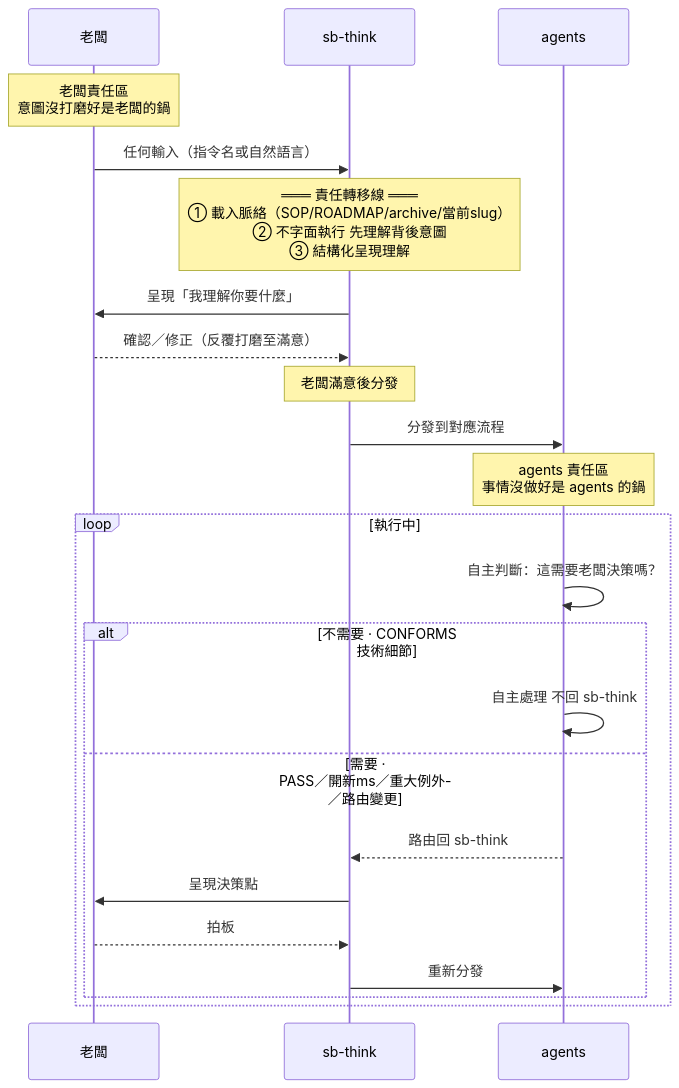
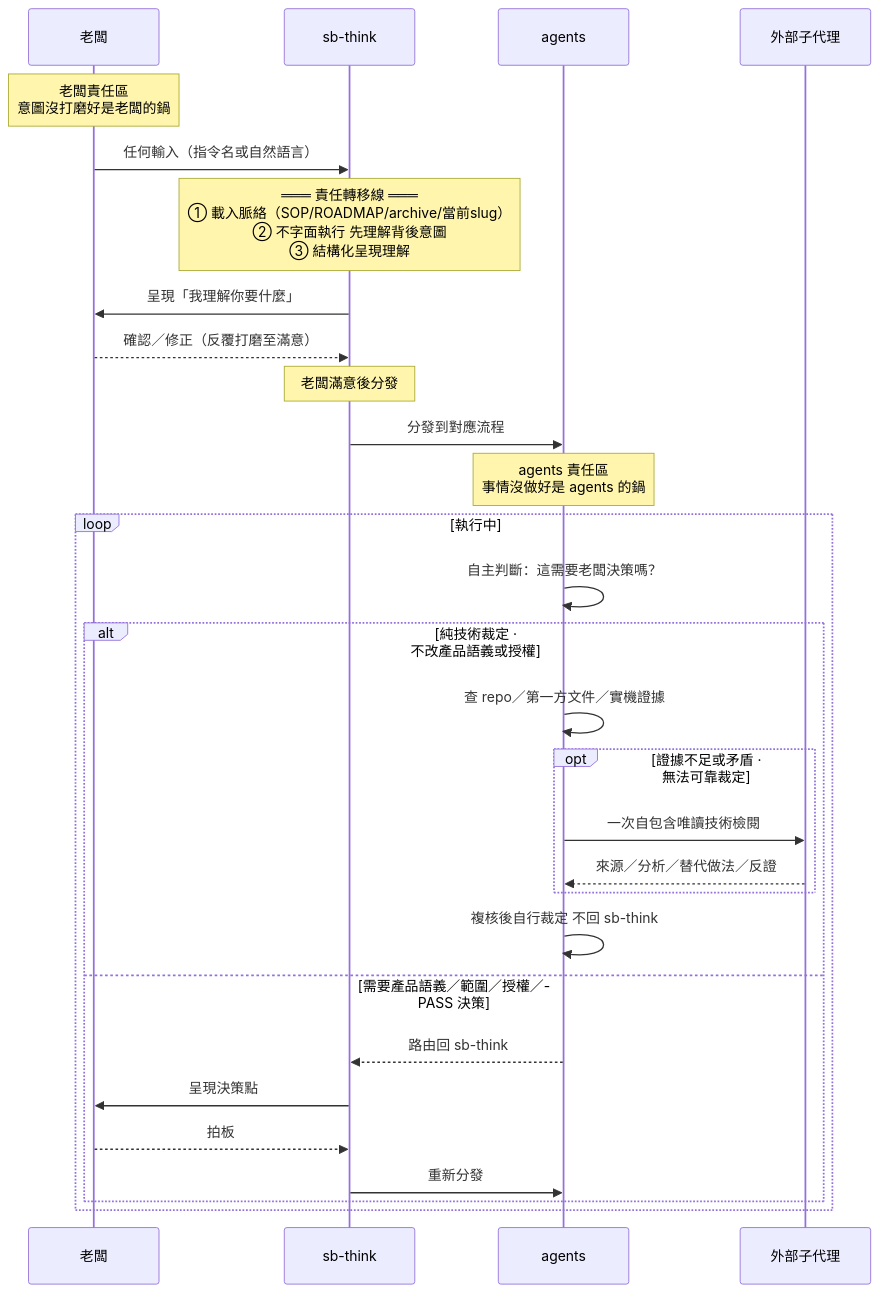
One commit to teps3105/shiftblame changed the first of 4 diagrams in skills/sb-think/SKILL.md. Above: the diagram before and after it, drawn with Mermaid. The commit also changed other lines of this file and 17 other files, not shown here.

````diff
--- a/skills/sb-think/SKILL.md
+++ b/skills/sb-think/SKILL.md
@@ -9,32 +9,38 @@
 ```mermaid
 sequenceDiagram
     participant B as 老闆
     participant T as sb-think
     participant A as agents
+    participant X as 外部子代理
 
     Note over B: 老闆責任區<br/>意圖沒打磨好是老闆的鍋
 
     B->>T: 任何輸入（指令名或自然語言）
 
     Note over T: ═══ 責任轉移線 ═══<br/>① 載入脈絡（SOP/ROADMAP/archive/當前slug）<br/>② 不字面執行 先理解背後意圖<br/>③ 結構化呈現理解
 
     T->>B: 呈現「我理解你要什麼」
     B-->>T: 確認／修正（反覆打磨至滿意）
 
     Note over T: 老闆滿意後分發
     T->>A: 分發到對應流程
 
     Note over A: agents 責任區<br/>事情沒做好是 agents 的鍋
 
     loop 執行中
         A->>A: 自主判斷：這需要老闆決策嗎？
-        alt 不需要 · CONFORMS 技術細節
-            A->>A: 自主處理 不回 sb-think
-        else 需要 · PASS／開新ms／重大例外／路由變更
+        alt 純技術裁定 · 不改產品語義或授權
+            A->>A: 查 repo／第一方文件／實機證據
+            opt 證據不足或矛盾 · 無法可靠裁定
+                A->>X: 一次自包含唯讀技術檢閱
+                X-->>A: 來源／分析／替代做法／反證
+            end
+            A->>A: 複核後自行裁定 不回 sb-think
+        else 需要產品語義／範圍／授權／PASS 決策
             A-->>T: 路由回 sb-think
             T->>B: 呈現決策點
             B-->>T: 拍板
             T->>A: 重新分發
         end
     end
 ```
````
